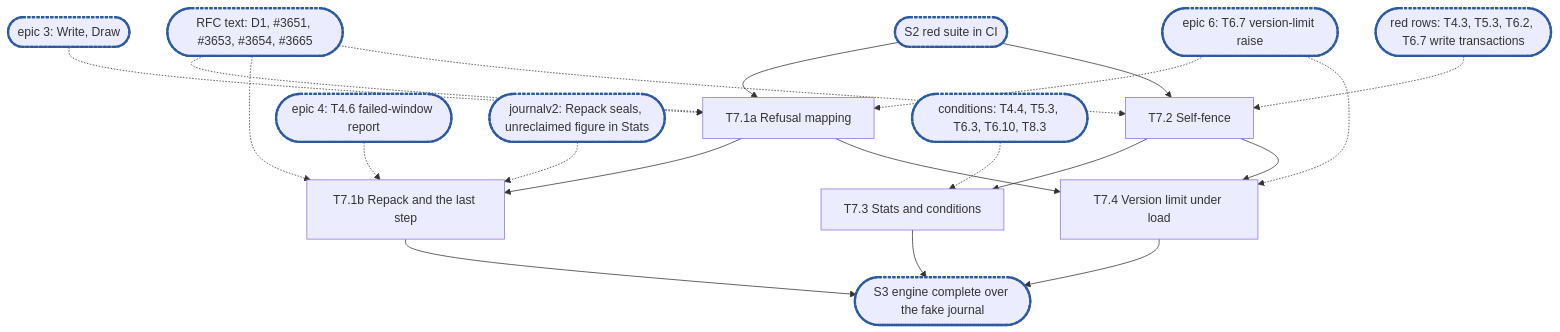
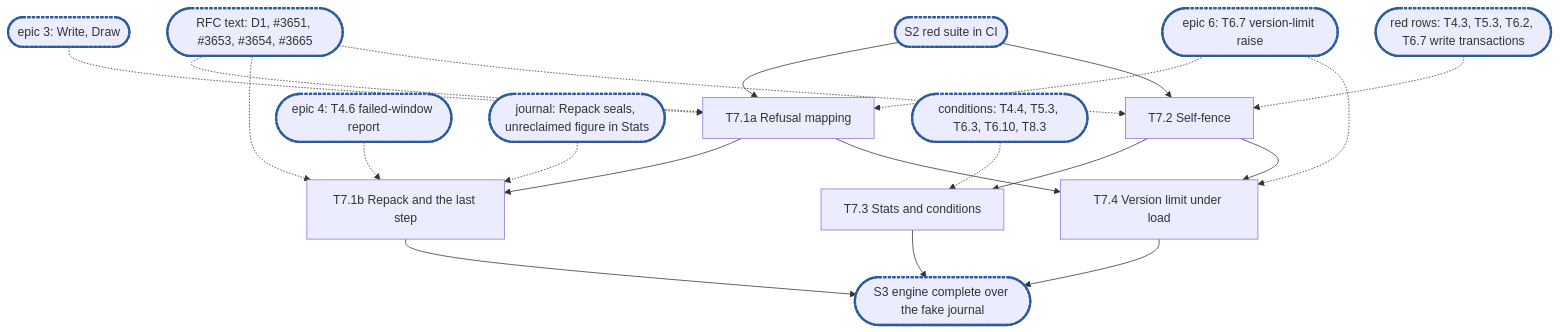
The diagram in docs/internals/planning/rfc-8-engine-epic7.md (marmos91/dittofs), drawn with Mermaid before and after one commit. The commit also changed other lines of this file and 1 other file, not shown here.

Commit message:
docs(planning): epics 6 and 7 name the renamed engine and journal packages

````diff
--- a/docs/internals/planning/rfc-8-engine-epic7.md
+++ b/docs/internals/planning/rfc-8-engine-epic7.md
@@ -622,17 +622,17 @@
 ```mermaid
 flowchart TD
   S2(["S2 red suite in CI"]):::sync --> T7_1a["T7.1a Refusal mapping"]
   ep3(["epic 3: Write, Draw"]):::sync -.-> T7_1a
   ep6(["epic 6: T6.7 version-limit raise"]):::sync -.-> T7_1a & T7_4
   T7_1a --> T7_1b["T7.1b Repack and the last step"]
   ep4(["epic 4: T4.6 failed-window report"]):::sync -.-> T7_1b
-  J(["journalv2: Repack seals, unreclaimed figure in Stats"]):::sync -.-> T7_1b
+  J(["journal: Repack seals, unreclaimed figure in Stats"]):::sync -.-> T7_1b
   rfc(["RFC text: D1, #3651, #3653, #3654, #3665"]):::sync -.-> T7_1a & T7_1b & T7_2
   S2 --> T7_2["T7.2 Self-fence"]
   tx(["red rows: T4.3, T5.3, T6.2, T6.7 write transactions"]):::sync -.-> T7_2
   T7_2 --> T7_3["T7.3 Stats and conditions"]
   cond(["conditions: T4.4, T5.3, T6.3, T6.10, T8.3"]):::sync -.-> T7_3
   T7_2 & T7_1a --> T7_4["T7.4 Version limit under load"]
   T7_1b & T7_3 & T7_4 --> S3(["S3 engine complete over the fake journal"]):::sync
   classDef sync stroke:#2c5aa0,stroke-width:3px,stroke-dasharray:4 2
 ```
````
